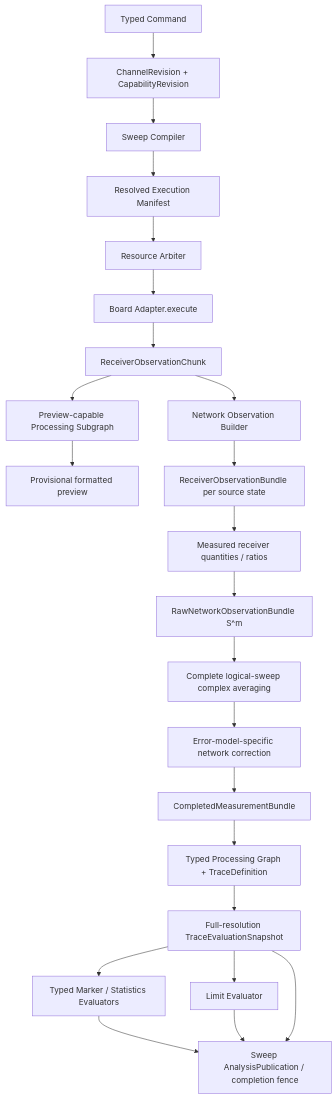
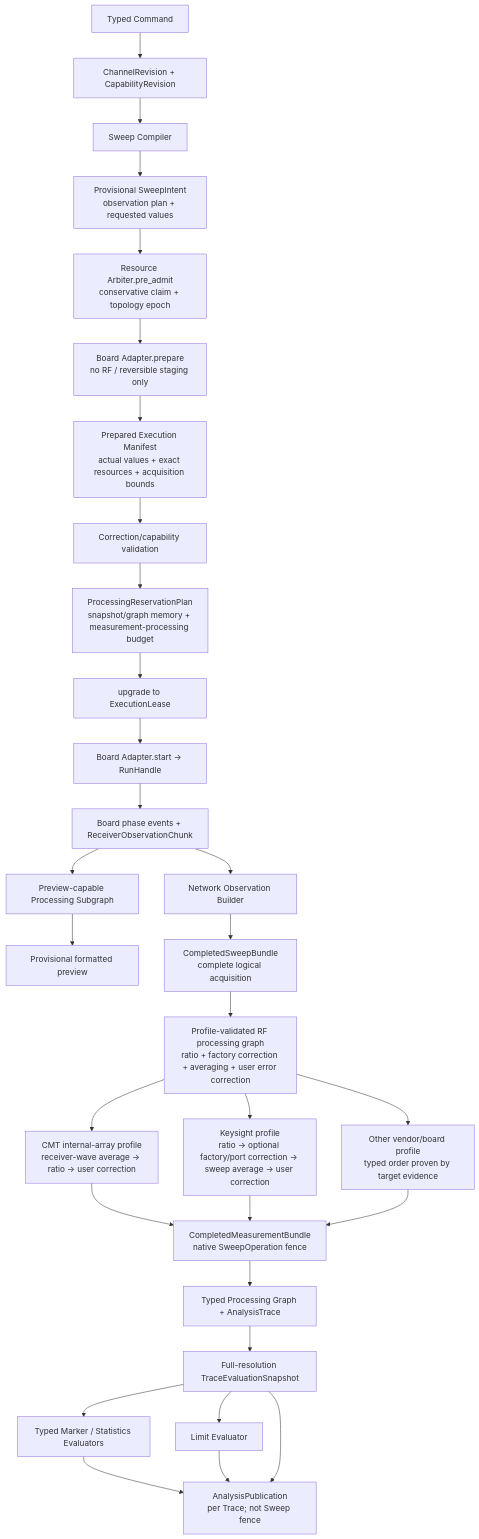
One commit to aniping/VNA changed the third of 5 diagrams in docs/design/system-architecture.md. Above: the diagram before and after it, drawn with Mermaid. The commit also changed other lines of this file and 19 other files, not shown here.

````diff
--- a/docs/design/system-architecture.md
+++ b/docs/design/system-architecture.md
@@ -181,25 +228,32 @@
 ```mermaid
 flowchart TD
     Command["Typed Command"] --> Revision["ChannelRevision + CapabilityRevision"]
     Revision --> Compiler["Sweep Compiler"]
-    Compiler --> Manifest["Resolved Execution Manifest"]
-    Manifest --> Arbiter["Resource Arbiter"]
-    Arbiter --> Adapter["Board Adapter.execute"]
-    Adapter --> Chunk["ReceiverObservationChunk"]
+    Compiler --> Intent["Provisional SweepIntent<br/>observation plan + requested values"]
+    Intent --> PreAdmission["Resource Arbiter.pre_admit<br/>conservative claim + topology epoch"]
+    PreAdmission --> Prepare["Board Adapter.prepare<br/>no RF / reversible staging only"]
+    Prepare --> Manifest["Prepared Execution Manifest<br/>actual values + exact resources + acquisition bounds"]
+    Manifest --> Validate["Correction/capability validation"]
+    Validate --> Reserve["ProcessingReservationPlan<br/>snapshot/graph memory + measurement-processing budget"]
+    Reserve --> ExecutionLease["upgrade to ExecutionLease"]
+    ExecutionLease --> Adapter["Board Adapter.start → RunHandle"]
+    Adapter --> Chunk["Board phase events + ReceiverObservationChunk"]
     Chunk --> Preview["Preview-capable Processing Subgraph"]
     Preview --> WebPreview["Provisional formatted preview"]
     Chunk --> Builder["Network Observation Builder"]
-    Builder --> Obs["ReceiverObservationBundle per source state"]
-    Obs --> Ratio["Measured receiver quantities / ratios"]
-    Ratio --> Raw["RawNetworkObservationBundle S^m"]
-    Raw --> Average["Complete logical-sweep complex averaging"]
-    Average --> Correct["Error-model-specific network correction"]
-    Correct --> Base["CompletedMeasurementBundle"]
-    Base --> Process["Typed Processing Graph + TraceDefinition"]
+    Builder --> Sweep["CompletedSweepBundle<br/>complete logical acquisition"]
+    Sweep --> RfGraph["Profile-validated RF processing graph<br/>ratio + factory correction + averaging + user error correction"]
+    RfGraph --> CmtFlow["CMT internal-array profile<br/>receiver-wave average → ratio → user correction"]
+    RfGraph --> KeysightFlow["Keysight profile<br/>ratio → optional factory/port correction → sweep average → user correction"]
+    RfGraph --> OtherFlow["Other vendor/board profile<br/>typed order proven by target evidence"]
+    CmtFlow --> Base["CompletedMeasurementBundle<br/>native SweepOperation fence"]
+    KeysightFlow --> Base
+    OtherFlow --> Base
+    Base --> Process["Typed Processing Graph + AnalysisTrace"]
     Process --> Trace["Full-resolution TraceEvaluationSnapshot"]
     Trace --> Marker["Typed Marker / Statistics Evaluators"]
     Trace --> Limit["Limit Evaluator"]
-    Marker --> Publish["Sweep AnalysisPublication / completion fence"]
+    Marker --> Publish["AnalysisPublication<br/>per Trace; not Sweep fence"]
     Limit --> Publish
     Trace --> Publish
 ```
````
